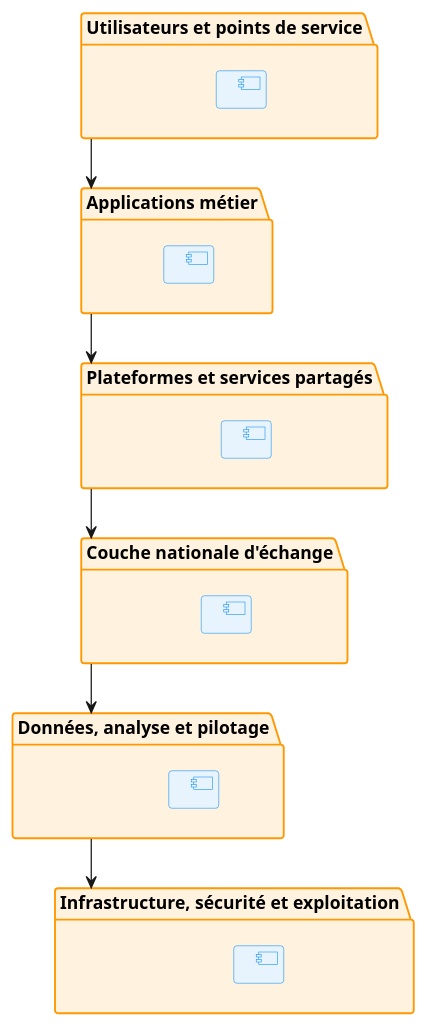
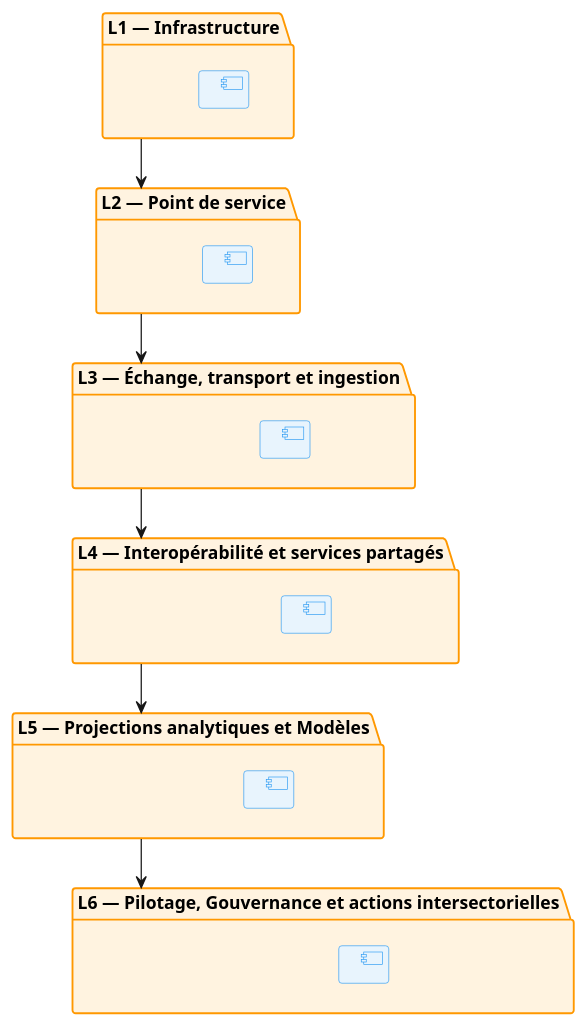
Before and after one commit to Data-Fi-Madagascar/health-enterprise-architecture: the diagram in 00_caesn/05_application/layers.md, drawn with PlantUML. The commit also changed other lines of this file and 5 other files, not shown here.

````diff
--- a/00_caesn/05_application/layers.md
+++ b/00_caesn/05_application/layers.md
@@ -30,44 +30,44 @@
 ```plantuml
 @startuml
 skinparam component {
   BackgroundColor #E8F4FD
   BorderColor #2196F3
 }
 skinparam package {
   BackgroundColor #FFF3E0
   BorderColor #FF9800
 }
 
-package "Utilisateurs et points de service" as L1 {
-  component " " as L1_DESC
+package "L6 — Pilotage, Gouvernance et actions intersectorielles" as L6 {
+  component " " as L6_DESC
 }
 
-package "Applications métier" as L2 {
+package "L5 — Projections analytiques et Modèles" as L5 {
+  component " " as L5_DESC
+}
+
+package "L4 — Interopérabilité et services partagés" as L4 {
+  component " " as L4_DESC
+}
+
+package "L3 — Échange, transport et ingestion" as L3 {
+  component " " as L3_DESC
+}
+
+package "L2 — Point de service" as L2 {
   component " " as L2_DESC
 }
 
-package "Plateformes et services partagés" as L3 {
-  component " " as L3_DESC
-}
-
-package "Couche nationale d'échange" as L4 {
-  component " " as L4_DESC
-}
-
-package "Données, analyse et pilotage" as L5 {
-  component " " as L5_DESC
-}
-
-package "Infrastructure, sécurité et exploitation" as L6 {
-  component " " as L6_DESC
+package "L1 — Infrastructure" as L1 {
+  component " " as L1_DESC
 }
 
 ' === Relations ===
 L1 --> L2
 L2 --> L3
 L3 --> L4
 L4 --> L5
 L5 --> L6
 
 @enduml
 ```
````
